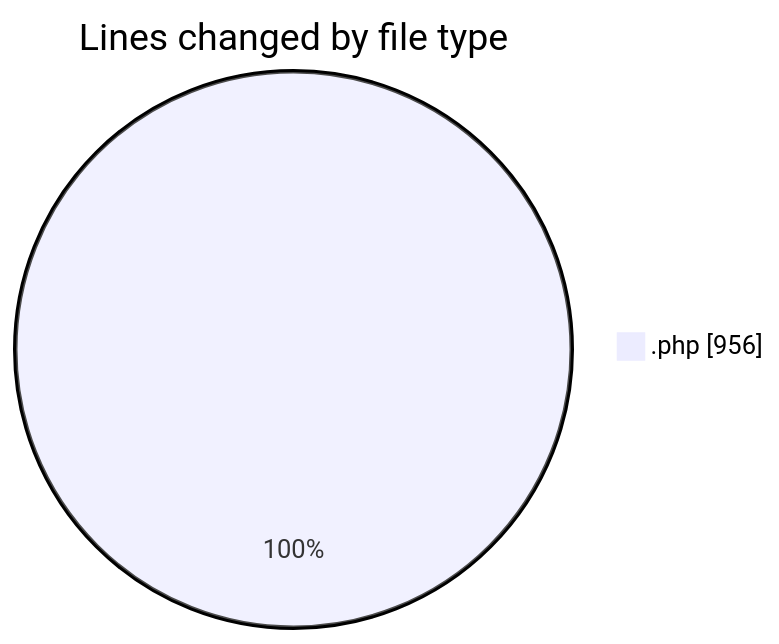
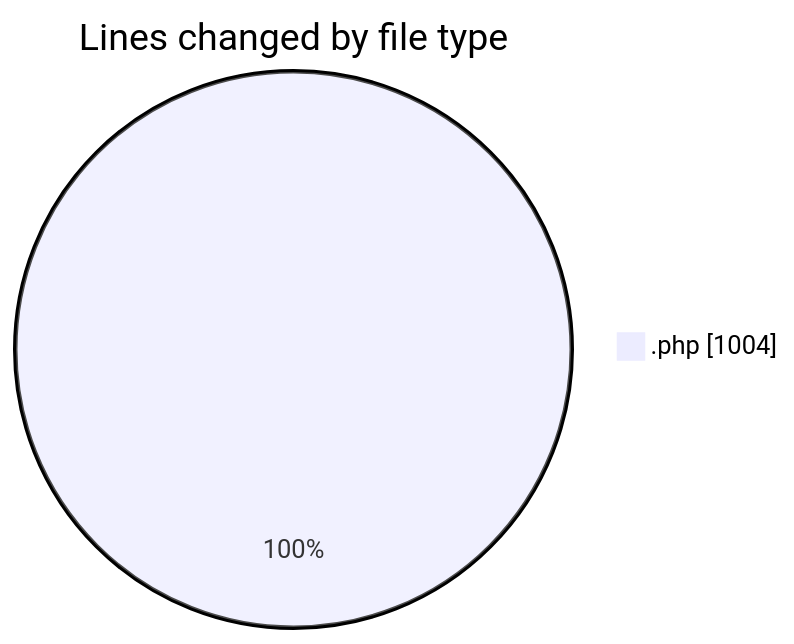
The first of 2 diagrams in 2026-10-12/untitled__workspace_/README.md (debugP/code-tracking), drawn with Mermaid before and after one commit. The commit also changed other lines of this file and 1 other file, not shown here.

````diff
--- a/2026-10-12/untitled__workspace_/README.md
+++ b/2026-10-12/untitled__workspace_/README.md
@@ -23,5 +23,5 @@
 ```mermaid
 pie showData
 title Lines changed by file type
-".php" : 956
+".php" : 1004
 ```
````
